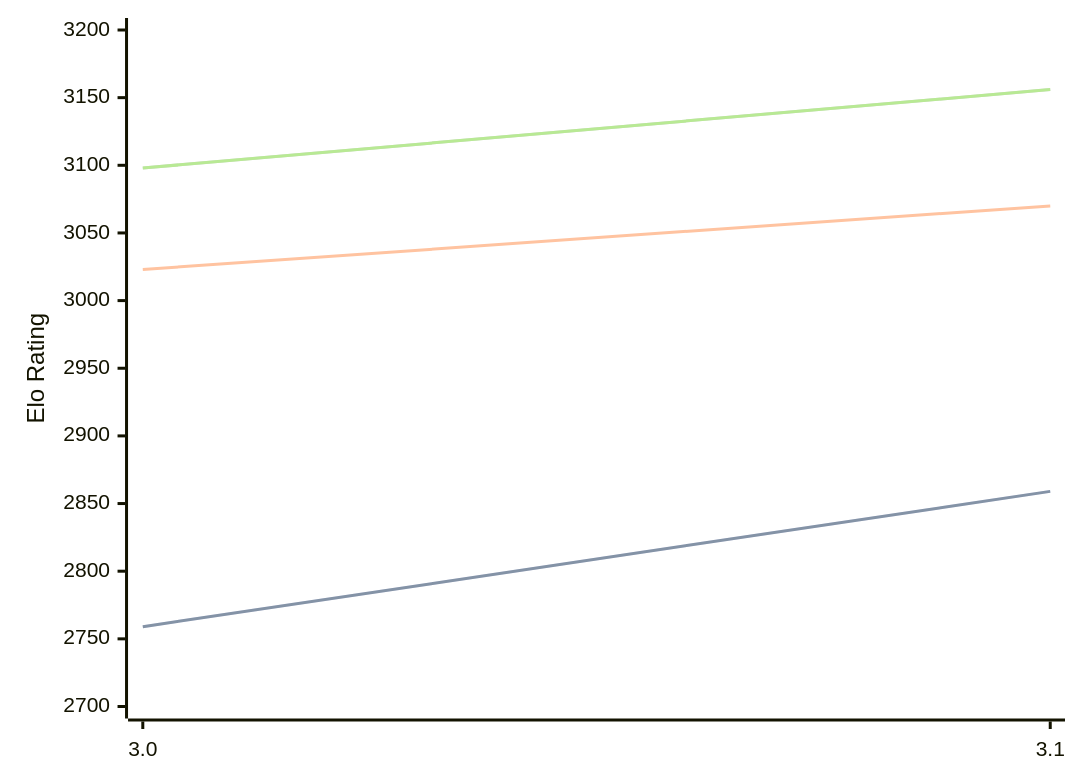
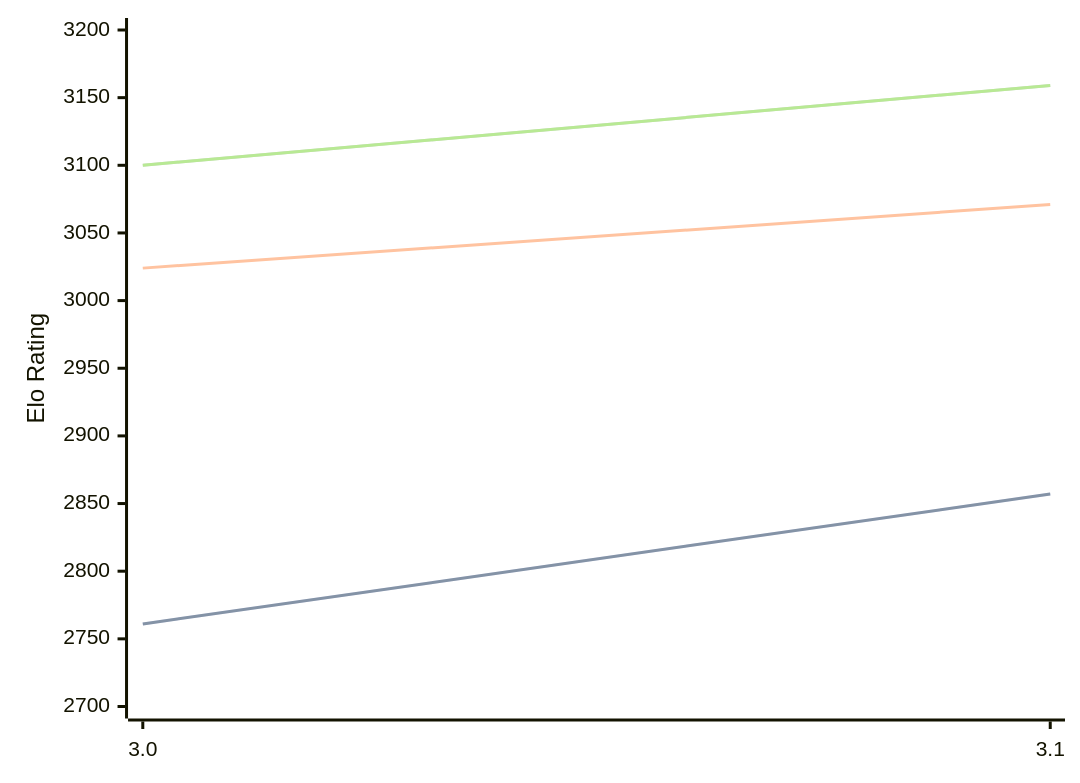
One commit to computer-chess-index/cci changed the diagram in engines/Vajolet2.md. Above: the diagram before and after it, drawn with Mermaid. The commit also changed other lines of this file, not shown here.

Commit message:
Update CCI Ratings (ELO VLTC) - 2026-04-13

````diff
--- a/engines/Vajolet2.md
+++ b/engines/Vajolet2.md
@@ -40,11 +40,11 @@
 ```mermaid
 %%{init: {"theme":"base","themeVariables":{"seriesColors:['#a3a3a3','#222221','#faa371']}}}%%
 xychart-beta
   x-axis ["3.0", "3.1"]
   y-axis "Elo Rating" 2700 --> 3200
-  line "STC (8.0+0.08s)" [2759, 2859]
-  line "STC (8.0+0.08s)" [2759, 2859]
-  line "LTC (60.0+0.60s)" [3023, 3070]
-  line "VLTC (2m24s+1.12s)" [3098, 3156]
-  line "VLTC (2m24s+1.12s)" [3098, 3156]
+  line "STC (8.0+0.08s)" [2761, 2857]
+  line "STC (8.0+0.08s)" [2761, 2857]
+  line "LTC (60.0+0.60s)" [3024, 3071]
+  line "VLTC (2m24s+1.12s)" [3100, 3159]
+  line "VLTC (2m24s+1.12s)" [3100, 3159]
 ```
````
